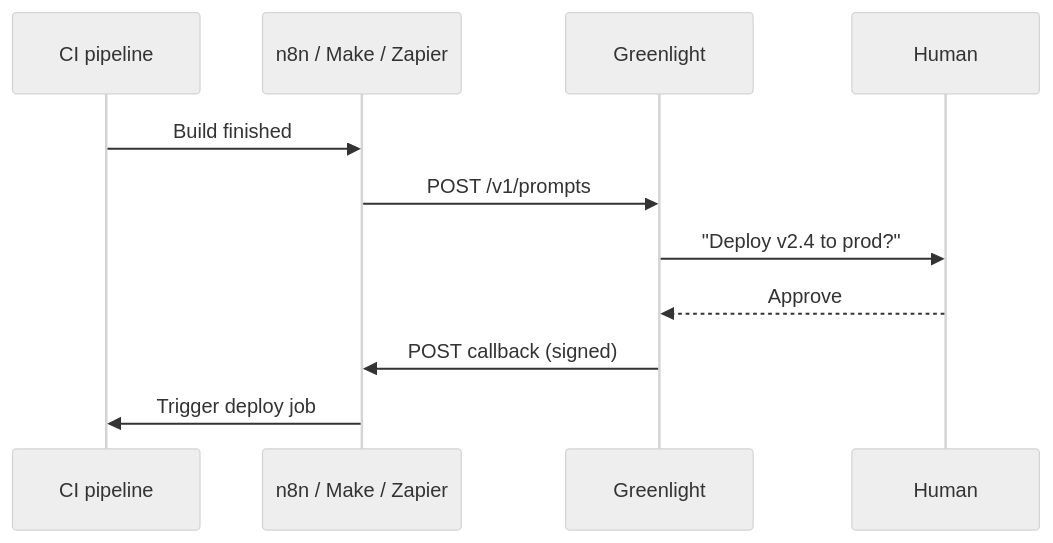
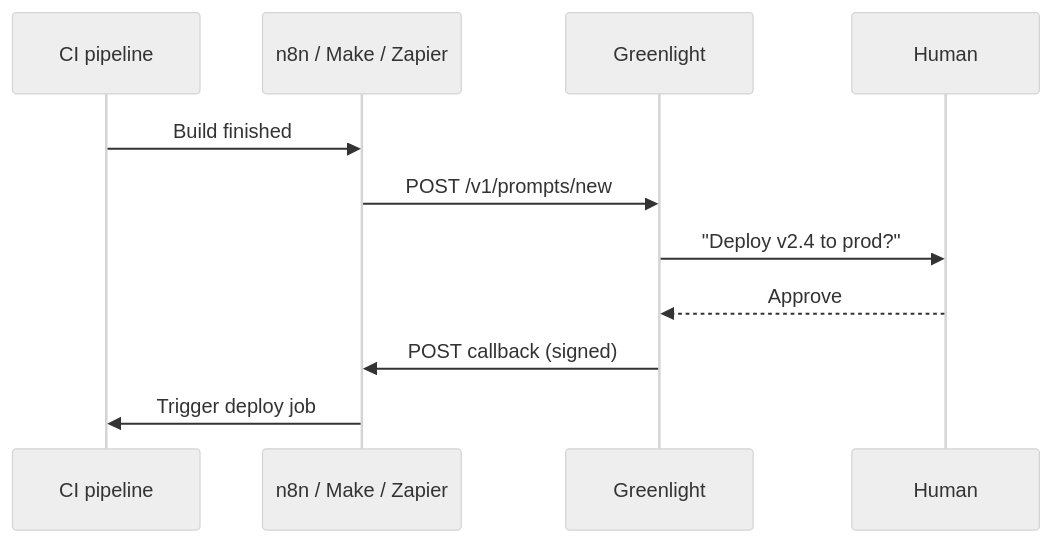
The second of 2 diagrams in docs-site/content/guides/automation-platforms.mdx (HashTerm/greenlight), drawn with Mermaid before and after one commit. The commit also changed other lines of this file and 40 other files, not shown here.

````diff
--- a/docs-site/content/guides/automation-platforms.mdx
+++ b/docs-site/content/guides/automation-platforms.mdx
@@ -66,14 +70,14 @@
 ```mermaid
 %%{init: {'theme': 'neutral'}}%%
 sequenceDiagram
   participant CI as CI pipeline
   participant Auto as n8n / Make / Zapier
   participant Greenlight
   participant Human
   CI->>Auto: Build finished
-  Auto->>Greenlight: POST /v1/prompts
+  Auto->>Greenlight: POST /v1/prompts/new
   Greenlight->>Human: "Deploy v2.4 to prod?"
   Human-->>Greenlight: Approve
   Greenlight->>Auto: POST callback (signed)
   Auto->>CI: Trigger deploy job
 ```
````
